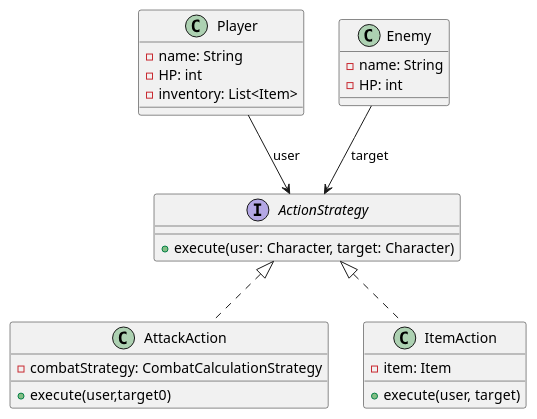
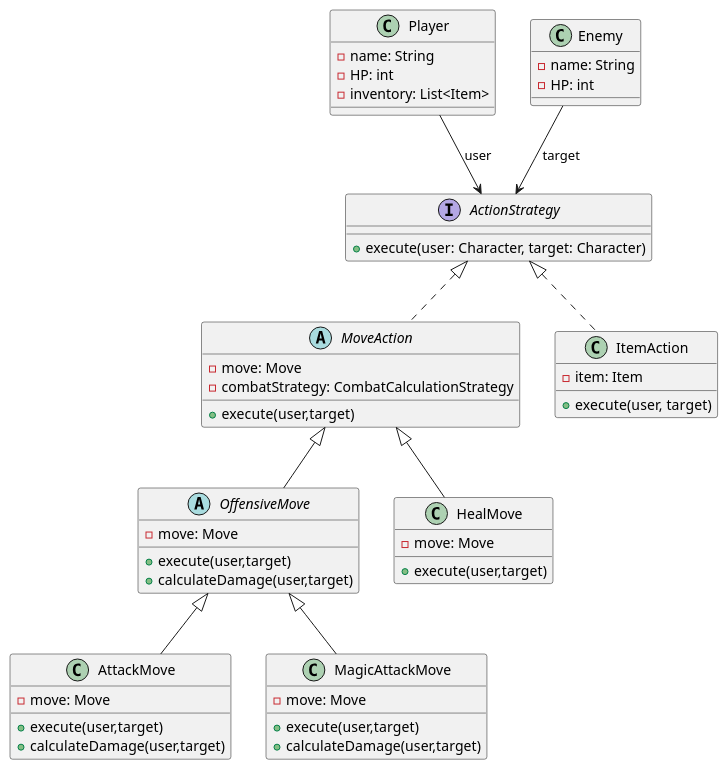
Before and after one commit to samMM-cs/iss-team2: the diagram in user_stories_pml/Combat_System.puml, drawn with PlantUML. The commit also changed 19 other files, not shown here.

```diff
--- a/user_stories_pml/Combat_System.puml
+++ b/user_stories_pml/Combat_System.puml
@@ -1,30 +1,54 @@
 @startuml Combat_System Strategy + Observer
 
 class Player{
     - name: String
     - HP: int
     - inventory: List<Item>
 }
 
 class Enemy{
     - name: String
     - HP: int
 }
 
 interface ActionStrategy{
     + execute(user: Character, target: Character)
 }
 
-class AttackAction implements ActionStrategy{
+abstract class MoveAction implements ActionStrategy{
+    - move: Move
     - combatStrategy: CombatCalculationStrategy
-    + execute(user,target0)
+    + execute(user,target)
+}
+
+abstract class OffensiveMove extends MoveAction {
+    - move: Move
+    + execute(user,target)
+    + calculateDamage(user,target)
+}
+
+class AttackMove extends OffensiveMove {
+    - move: Move
+    + execute(user,target)
+    + calculateDamage(user,target)
+}
+
+class HealMove extends MoveAction {
+    - move: Move
+    + execute(user,target)
+}
+
+class MagicAttackMove extends OffensiveMove {
+    - move: Move
+    + execute(user,target)
+    + calculateDamage(user,target)
 }
 
 class ItemAction implements ActionStrategy{
     - item: Item
     + execute(user, target)
 }
 
 Player --> ActionStrategy : user
 Enemy-->ActionStrategy : target
 @enduml
```
